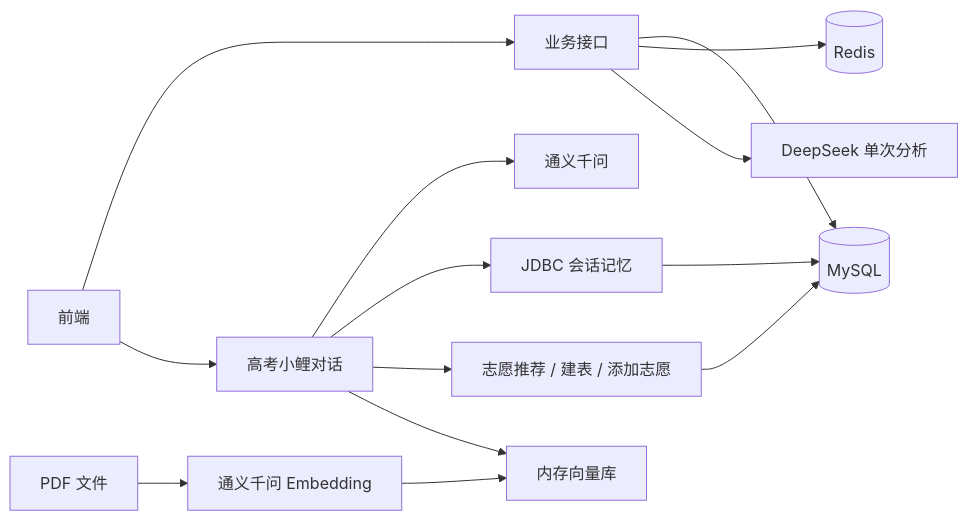
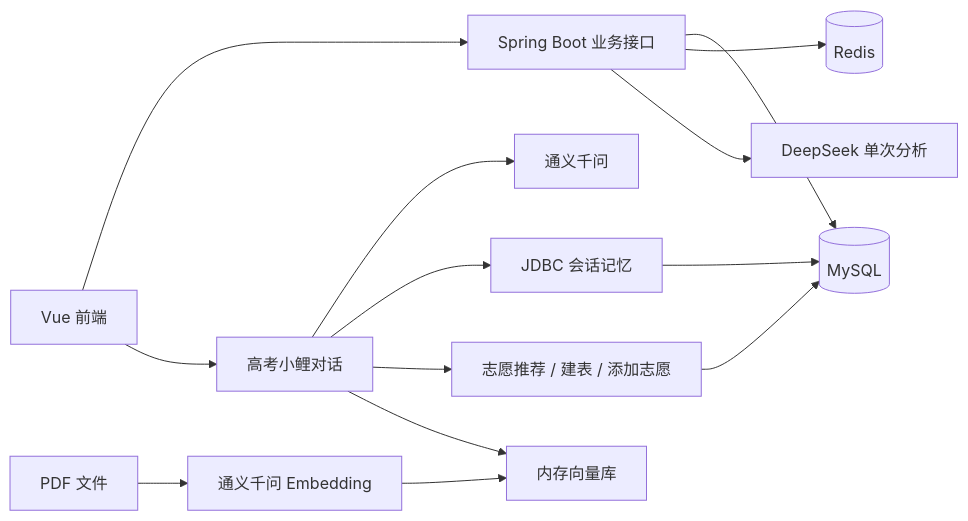
Before and after one commit to Zxlove720/YueLiZhiXuan-Server: the diagram in README.md, drawn with Mermaid. The commit also changed other lines of this file, not shown here.

````diff
--- a/README.md
+++ b/README.md
@@ -76,16 +155,16 @@
 ```mermaid
 flowchart LR
-    Client[前端] --> API[业务接口]
+    Client[Vue 前端] --> API[Spring Boot 业务接口]
     API --> DB[(MySQL)]
     API --> Cache[(Redis)]
     API --> Single[DeepSeek 单次分析]
     Client --> Chat[高考小鲤对话]
     Chat --> Qwen[通义千问]
     Chat --> Memory[JDBC 会话记忆]
     Memory --> DB
     Chat --> Tools[志愿推荐 / 建表 / 添加志愿]
     Tools --> DB
     Chat --> Vector[内存向量库]
     PDF[PDF 文件] --> Embedding[通义千问 Embedding]
     Embedding --> Vector
 ```
````
